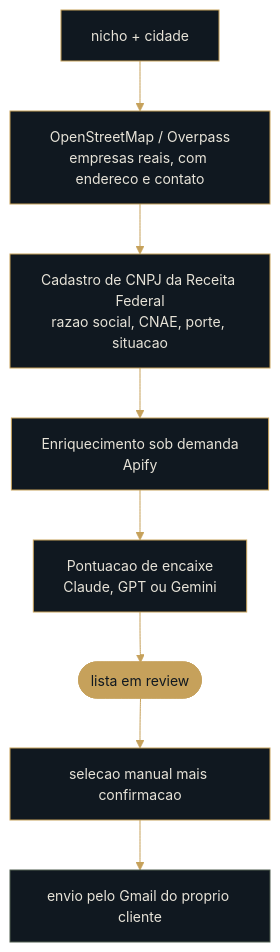
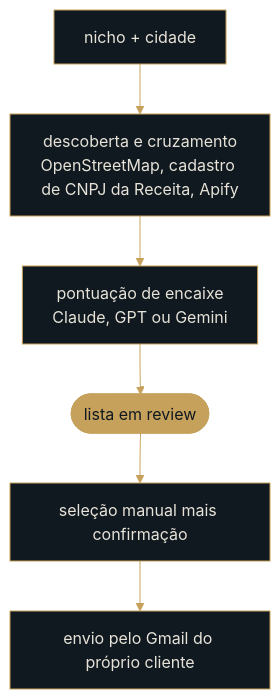
One commit to caiobelatodemartine-cmd/argos changed the diagram in README.md. Above: the diagram before and after it, drawn with Mermaid.

Commit message:
fix(readme): o diagrama volta a renderizar
O espaco antes de `}%%` e a virgula dentro de `fontFamily` quebravam a
diretiva de tema, e o GitHub respondia so "Unable to render rich display",
sem dizer onde. Conferido num render local do mermaid antes de subir.

````diff
--- a/README.md
+++ b/README.md
@@ -35,13 +35,10 @@
 ```mermaid
-%%{init: {"theme":"base","themeVariables":{"primaryColor":"#101820","primaryTextColor":"#E7E3D8","primaryBorderColor":"#C6A15B","lineColor":"#C6A15B","secondaryColor":"#101820","tertiaryColor":"#101820","fontFamily":"Segoe UI, Inter, Helvetica, Arial, sans-serif","fontSize":"14px"}} }%%
+%%{init:{"theme":"base","themeVariables":{"primaryColor":"#101820","primaryTextColor":"#E7E3D8","primaryBorderColor":"#C6A15B","lineColor":"#C6A15B","secondaryColor":"#101820","tertiaryColor":"#101820"}}}%%
 flowchart TD
-  A["nicho + cidade"] --> B["OpenStreetMap / Overpass<br/>empresas reais, com endereco e contato"]
-  B --> C["Cadastro de CNPJ da Receita Federal<br/>razao social, CNAE, porte, situacao"]
-  C --> D["Enriquecimento sob demanda<br/>Apify"]
-  D --> E["Pontuacao de encaixe<br/>Claude, GPT ou Gemini"]
-  E --> F(["lista em review"])
-  F --> G["selecao manual mais confirmacao"]
-  G --> H["envio pelo Gmail do proprio cliente"]
-  style F fill:#C6A15B,stroke:#C6A15B,color:#101820
-  style H stroke:#4F5D4E
+  A["nicho + cidade"] --> B["descoberta e cruzamento<br>OpenStreetMap, cadastro de CNPJ da Receita, Apify"]
+  B --> C["pontuação de encaixe<br>Claude, GPT ou Gemini"]
+  C --> D(["lista em review"])
+  D --> E["seleção manual mais confirmação"]
+  E --> F["envio pelo Gmail do próprio cliente"]
+  style D fill:#C6A15B,stroke:#C6A15B,color:#101820
 ```
````
